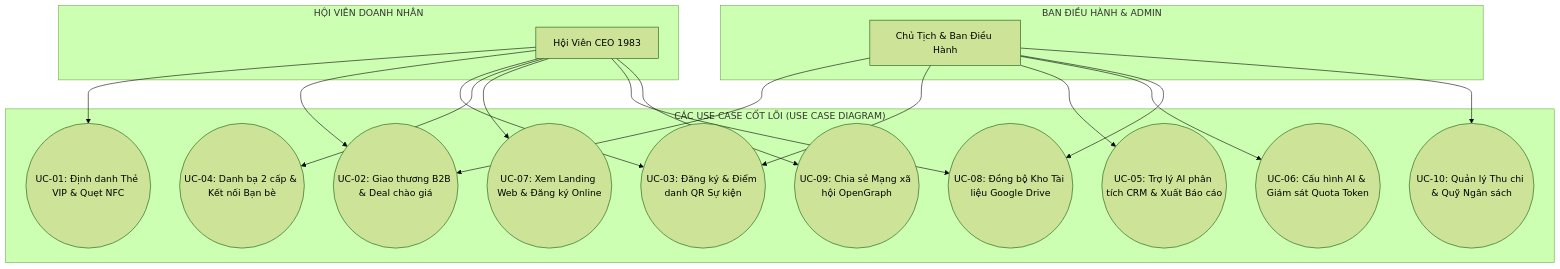
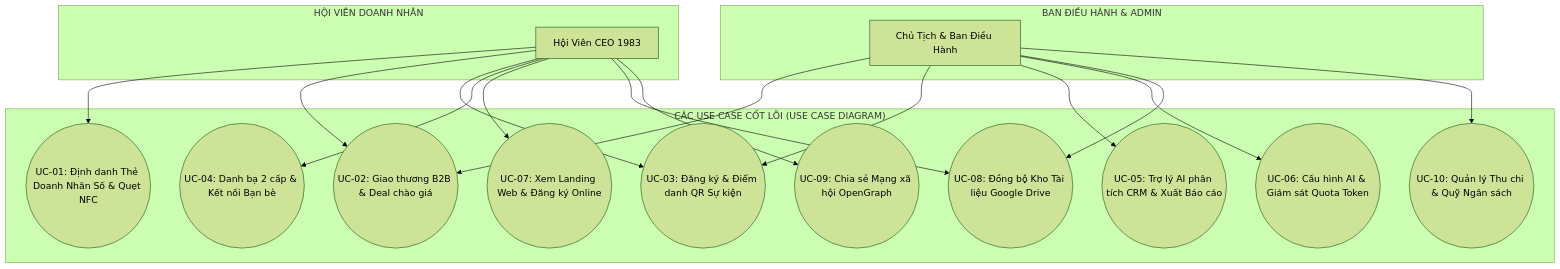
Before and after one commit to viconnect-product-team/ceo1983_project: the second of 18 diagrams in document/notebooklm/08_TAI_LIEU_DAC_TA_YEU_CAU_PHAN_MEM_SRS_V7.md, drawn with Mermaid (forest theme). The commit also changed other lines of this file and 61 other files, not shown here.

````diff
--- a/document/notebooklm/08_TAI_LIEU_DAC_TA_YEU_CAU_PHAN_MEM_SRS_V7.md
+++ b/document/notebooklm/08_TAI_LIEU_DAC_TA_YEU_CAU_PHAN_MEM_SRS_V7.md
@@ -211,38 +211,38 @@
 ```mermaid
 graph TD
     subgraph "HỘI VIÊN DOANH NHÂN"
         ActorMember["Hội Viên CEO 1983"]
     end
 
     subgraph "BAN ĐIỀU HÀNH & ADMIN"
         ActorAdmin["Chủ Tịch & Ban Điều Hành"]
     end
 
     subgraph "CÁC USE CASE CỐT LÕI (USE CASE DIAGRAM)"
-        UC1(("UC-01: Định danh Thẻ VIP & Quẹt NFC"))
+        UC1(("UC-01: Định danh Thẻ Doanh Nhân Số & Quẹt NFC"))
         UC2(("UC-02: Giao thương B2B & Deal chào giá"))
         UC3(("UC-03: Đăng ký & Điểm danh QR Sự kiện"))
         UC4(("UC-04: Danh bạ 2 cấp & Kết nối Bạn bè"))
         UC5(("UC-05: Trợ lý AI phân tích CRM & Xuất Báo cáo"))
         UC6(("UC-06: Cấu hình AI & Giám sát Quota Token"))
         UC7(("UC-07: Xem Landing Web & Đăng ký Online"))
         UC8(("UC-08: Đồng bộ Kho Tài liệu Google Drive"))
         UC9(("UC-09: Chia sẻ Mạng xã hội OpenGraph"))
         UC10(("UC-10: Quản lý Thu chi & Quỹ Ngân sách"))
     end
 
     ActorMember --> UC1
     ActorMember --> UC2
     ActorMember --> UC3
     ActorMember --> UC4
     ActorMember --> UC7
     ActorMember --> UC8
     ActorMember --> UC9
 
     ActorAdmin --> UC2
     ActorAdmin --> UC3
     ActorAdmin --> UC5
     ActorAdmin --> UC6
     ActorAdmin --> UC8
     ActorAdmin --> UC10
 ```
````
